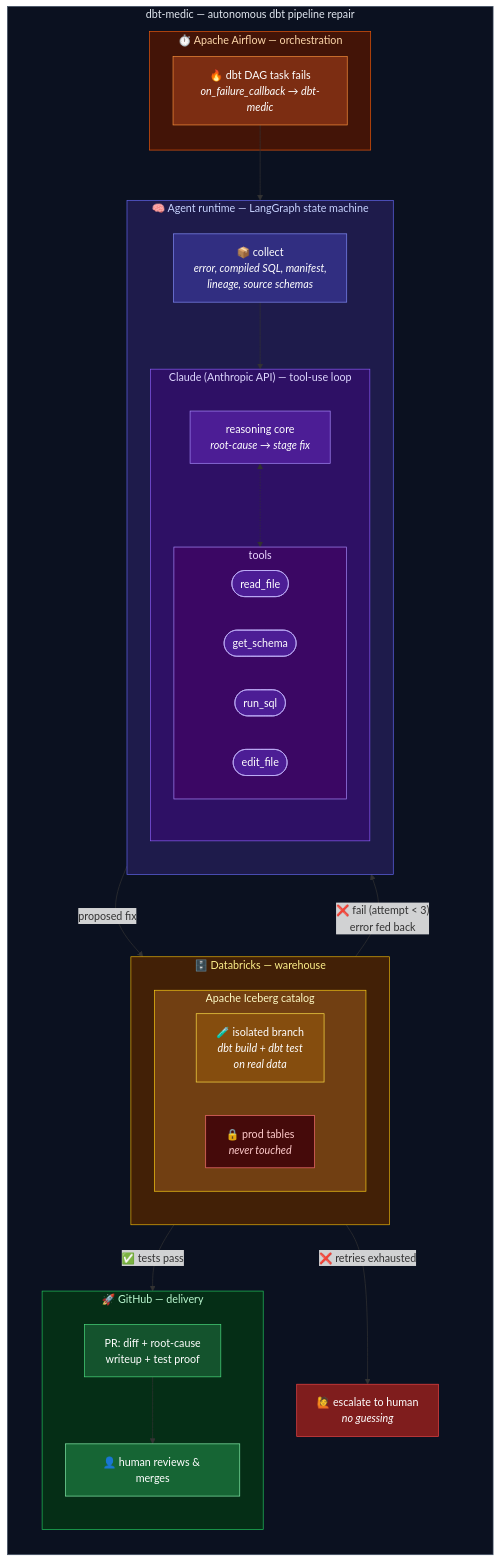
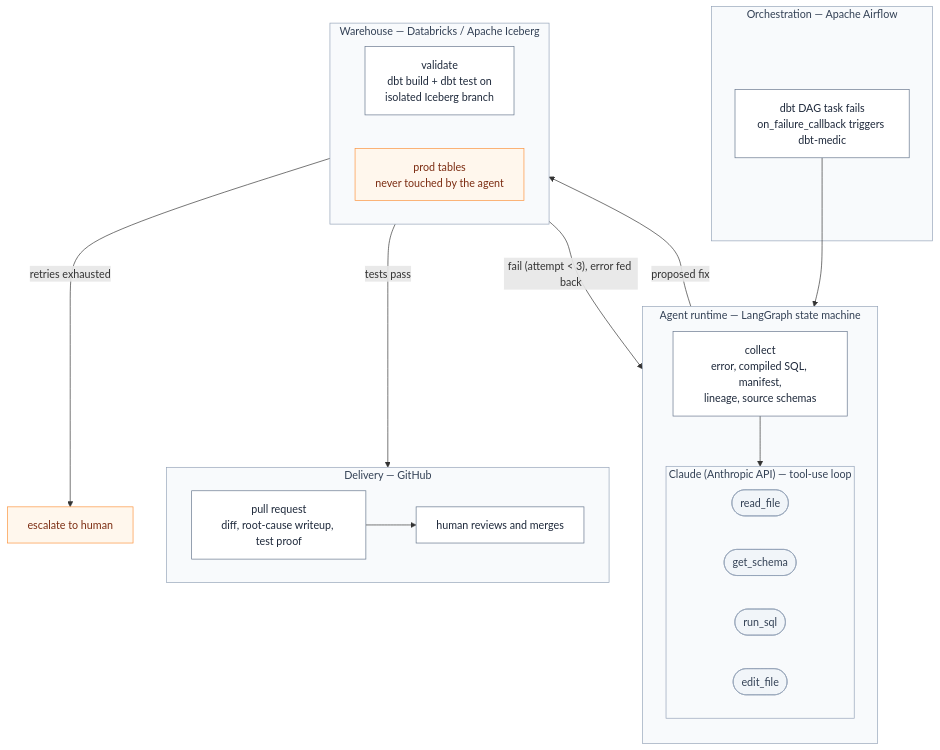
One commit to kidskoding/pipemedic changed the diagram in README.md. Above: the diagram before and after it, drawn with Mermaid.

Commit message:
docs: make architecture diagram professional — remove emojis, neutral palette

````diff
--- a/README.md
+++ b/README.md
@@ -19,75 +19,52 @@
 ```mermaid
 flowchart TB
-    subgraph SYS ["dbt-medic — autonomous dbt pipeline repair"]
+    subgraph ORCH ["Orchestration — Apache Airflow"]
+        AF["dbt DAG task fails<br/>on_failure_callback triggers dbt-medic"]
+    end
+
+    subgraph RUNTIME ["Agent runtime — LangGraph state machine"]
         direction TB
+        COLLECT["collect<br/>error, compiled SQL, manifest,<br/>lineage, source schemas"]
 
-        subgraph ORCH ["⏱️ Apache Airflow — orchestration"]
-            AF["🔥 dbt DAG task fails<br/><i>on_failure_callback → dbt-medic</i>"]
+        subgraph LLM ["Claude (Anthropic API) — tool-use loop"]
+            direction LR
+            T1(["read_file"])
+            T2(["get_schema"])
+            T3(["run_sql"])
+            T4(["edit_file"])
         end
 
-        subgraph RUNTIME ["🧠 Agent runtime — LangGraph state machine"]
-            direction TB
-            COLLECT["📦 collect<br/><i>error, compiled SQL, manifest,<br/>lineage, source schemas</i>"]
-
-            subgraph LLM ["Claude (Anthropic API) — tool-use loop"]
-                direction TB
-                CORE["reasoning core<br/><i>root-cause → stage fix</i>"]
-                subgraph TOOLS ["tools"]
-                    direction LR
-                    T1(["read_file"])
-                    T2(["get_schema"])
-                    T3(["run_sql"])
-                    T4(["edit_file"])
-                end
-                CORE <-.-> TOOLS
-            end
-
-            COLLECT --> LLM
-        end
-
-        subgraph DBX ["🗄️ Databricks — warehouse"]
-            direction TB
-            subgraph ICE ["Apache Iceberg catalog"]
-                direction LR
-                BR["🧪 isolated branch<br/><i>dbt build + dbt test<br/>on real data</i>"]
-                PROD["🔒 prod tables<br/><i>never touched</i>"]
-            end
-        end
-
-        subgraph GH ["🚀 GitHub — delivery"]
-            direction TB
-            PR["PR: diff + root-cause<br/>writeup + test proof"]
-            HUMAN["👤 human reviews & merges"]
-            PR --> HUMAN
-        end
-
-        ESC["🙋 escalate to human<br/><i>no guessing</i>"]
-
-        AF --> COLLECT
-        LLM -- "proposed fix" --> BR
-        BR -- "❌ fail (attempt < 3)<br/>error fed back" --> LLM
-        BR -- "✅ tests pass" --> PR
-        BR -- "❌ retries exhausted" --> ESC
+        COLLECT --> LLM
     end
 
-    style SYS fill:#0b1120,stroke:#475569,color:#e2e8f0
-    style ORCH fill:#431407,stroke:#ea580c,color:#fed7aa
-    style AF fill:#7c2d12,stroke:#fb923c,color:#fff
-    style RUNTIME fill:#1e1b4b,stroke:#6366f1,color:#c7d2fe
-    style COLLECT fill:#312e81,stroke:#818cf8,color:#fff
-    style LLM fill:#2e1065,stroke:#8b5cf6,color:#ddd6fe
-    style CORE fill:#4c1d95,stroke:#a78bfa,color:#fff
-    style TOOLS fill:#3b0764,stroke:#a78bfa,color:#e9d5ff
-    style T1 fill:#4c1d95,stroke:#c4b5fd,color:#fff
-    style T2 fill:#4c1d95,stroke:#c4b5fd,color:#fff
-    style T3 fill:#4c1d95,stroke:#c4b5fd,color:#fff
-    style T4 fill:#4c1d95,stroke:#c4b5fd,color:#fff
-    style DBX fill:#422006,stroke:#eab308,color:#fef08a
-    style ICE fill:#713f12,stroke:#facc15,color:#fef9c3
-    style BR fill:#854d0e,stroke:#fde047,color:#fff
-    style PROD fill:#450a0a,stroke:#f87171,color:#fecaca
-    style GH fill:#052e16,stroke:#22c55e,color:#bbf7d0
-    style PR fill:#14532d,stroke:#4ade80,color:#fff
-    style HUMAN fill:#166534,stroke:#86efac,color:#fff
-    style ESC fill:#7f1d1d,stroke:#ef4444,color:#fff
+    subgraph DBX ["Warehouse — Databricks / Apache Iceberg"]
+        direction LR
+        BR["validate<br/>dbt build + dbt test on<br/>isolated Iceberg branch"]
+        PROD["prod tables<br/>never touched by the agent"]
+    end
+
+    subgraph GH ["Delivery — GitHub"]
+        direction LR
+        PR["pull request<br/>diff, root-cause writeup, test proof"]
+        HUMAN["human reviews and merges"]
+        PR --> HUMAN
+    end
+
+    ESC["escalate to human"]
+
+    AF --> COLLECT
+    LLM -- "proposed fix" --> BR
+    BR -- "fail (attempt < 3), error fed back" --> LLM
+    BR -- "tests pass" --> PR
+    BR -- "retries exhausted" --> ESC
+
+    classDef zone fill:#f8fafc,stroke:#94a3b8,color:#334155
+    classDef node fill:#ffffff,stroke:#64748b,color:#1e293b
+    classDef tool fill:#f1f5f9,stroke:#94a3b8,color:#334155
+    classDef guard fill:#fff7ed,stroke:#fb923c,color:#7c2d12
+
+    class ORCH,RUNTIME,LLM,DBX,GH zone
+    class AF,COLLECT,BR,PR,HUMAN node
+    class T1,T2,T3,T4 tool
+    class PROD,ESC guard
 ```
````
